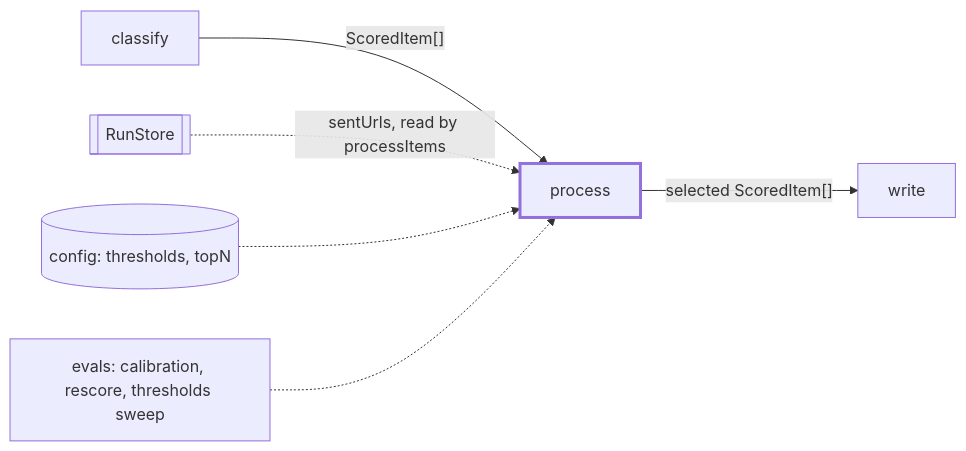
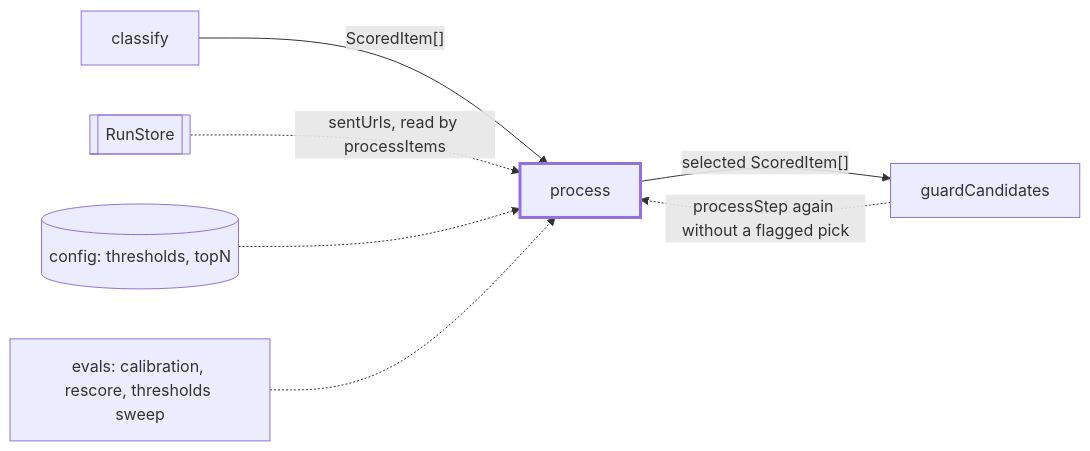
One commit to odere-pro/weekly-engineering-digest-agent changed the first of 2 diagrams in src/process/CLAUDE.md. Above: the diagram before and after it, drawn with Mermaid. The commit also changed other lines of this file and 106 other files, not shown here.

First line of the commit message:
perf: guard the picks after process and reuse a week's model answers

````diff
--- a/src/process/CLAUDE.md
+++ b/src/process/CLAUDE.md
@@ -11,8 +11,9 @@
 ```mermaid
 flowchart LR
-  classify -->|"ScoredItem[]"| process:::focus -->|"selected ScoredItem[]"| write
+  classify -->|"ScoredItem[]"| process:::focus -->|"selected ScoredItem[]"| guardCandidates
+  guardCandidates -.->|"processStep again without a flagged pick"| process
   store[[RunStore]] -.->|"sentUrls, read by processItems"| process
   cfg[("config: thresholds, topN")] -.-> process
   evals["evals: calibration, rescore, thresholds sweep"] -.-> process
   classDef focus stroke-width:3px
 ```
````
